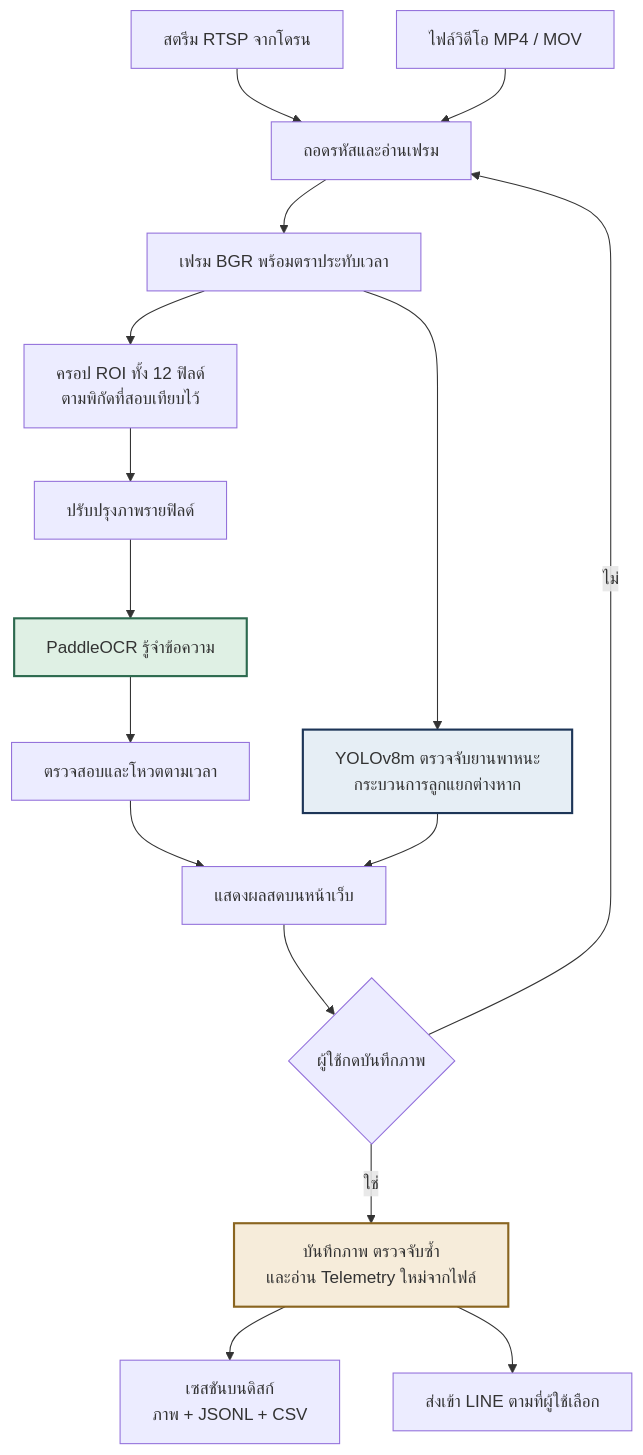
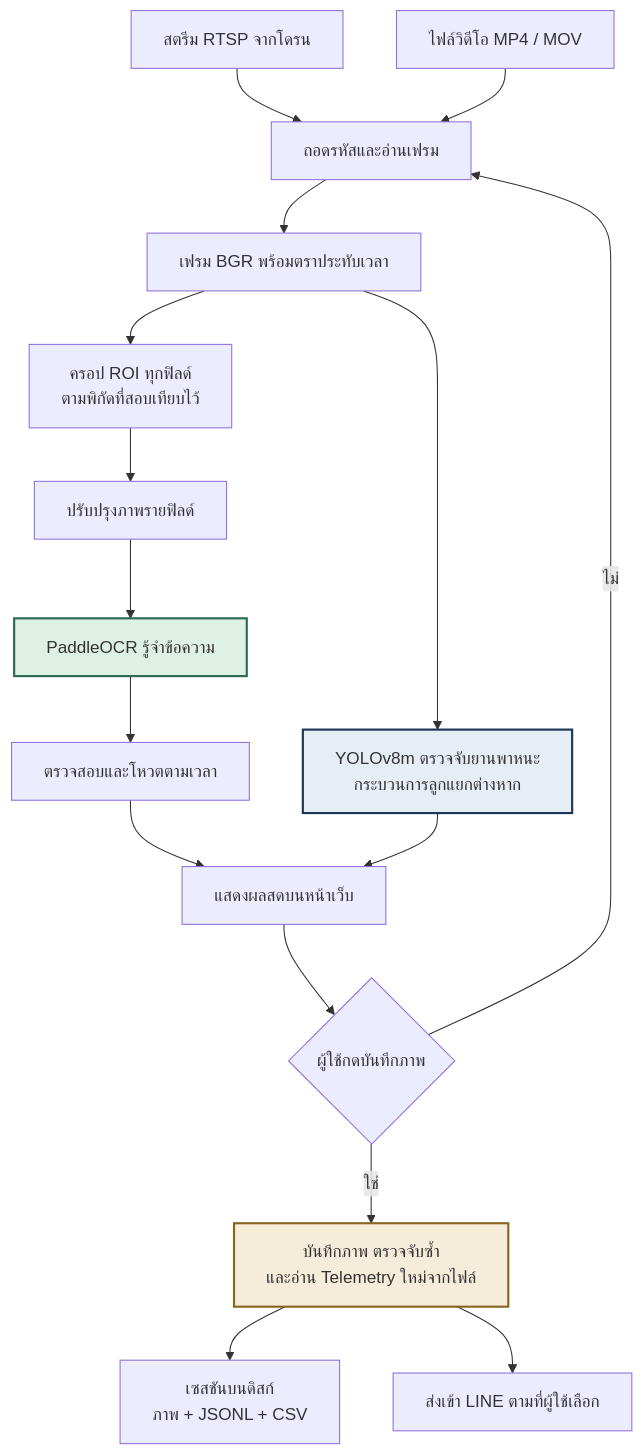
Before and after one commit to marburg4542/telemetry-vision: the first of 7 diagrams in docs/telemetry-ocr-technical-report.md, drawn with Mermaid. The commit also changed other lines of this file and 1 other file, not shown here.

````diff
--- a/docs/telemetry-ocr-technical-report.md
+++ b/docs/telemetry-ocr-technical-report.md
@@ -594,26 +594,26 @@
 ```mermaid
 flowchart TD
     A1["สตรีม RTSP จากโดรน"] --> B["ถอดรหัสและอ่านเฟรม"]
     A2["ไฟล์วิดีโอ MP4 / MOV"] --> B
     B --> C["เฟรม BGR พร้อมตราประทับเวลา"]
 
-    C --> D["ครอป ROI ทั้ง 12 ฟิลด์<br/>ตามพิกัดที่สอบเทียบไว้"]
+    C --> D["ครอป ROI ทุกฟิลด์<br/>ตามพิกัดที่สอบเทียบไว้"]
     D --> E["ปรับปรุงภาพรายฟิลด์"]
     E --> F["PaddleOCR รู้จำข้อความ"]
     F --> G["ตรวจสอบและโหวตตามเวลา"]
     G --> H["แสดงผลสดบนหน้าเว็บ"]
 
     C --> I["YOLOv8m ตรวจจับยานพาหนะ<br/>กระบวนการลูกแยกต่างหาก"]
     I --> H
 
     H --> J{"ผู้ใช้กดบันทึกภาพ"}
     J -- "ไม่" --> B
     J -- "ใช่" --> K["บันทึกภาพ ตรวจจับซ้ำ<br/>และอ่าน Telemetry ใหม่จากไฟล์"]
 
     K --> L["เซสชันบนดิสก์<br/>ภาพ + JSONL + CSV"]
     K --> M["ส่งเข้า LINE ตามที่ผู้ใช้เลือก"]
 
     style F fill:#dff0e4,stroke:#2d6a4f,stroke-width:2px
     style I fill:#e6eef5,stroke:#1d3557,stroke-width:2px
     style K fill:#f6ecda,stroke:#8a6520,stroke-width:2px
 ```
````
